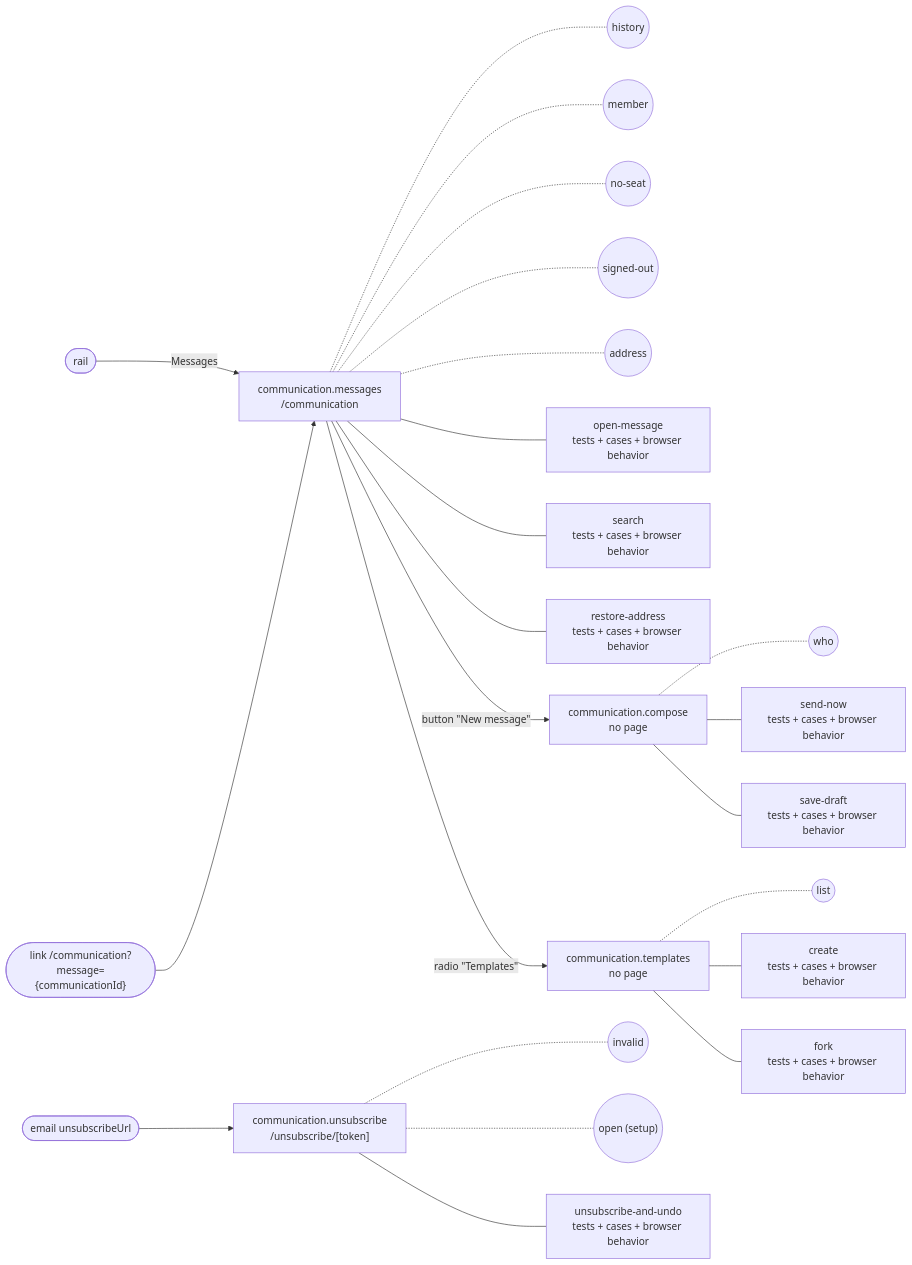
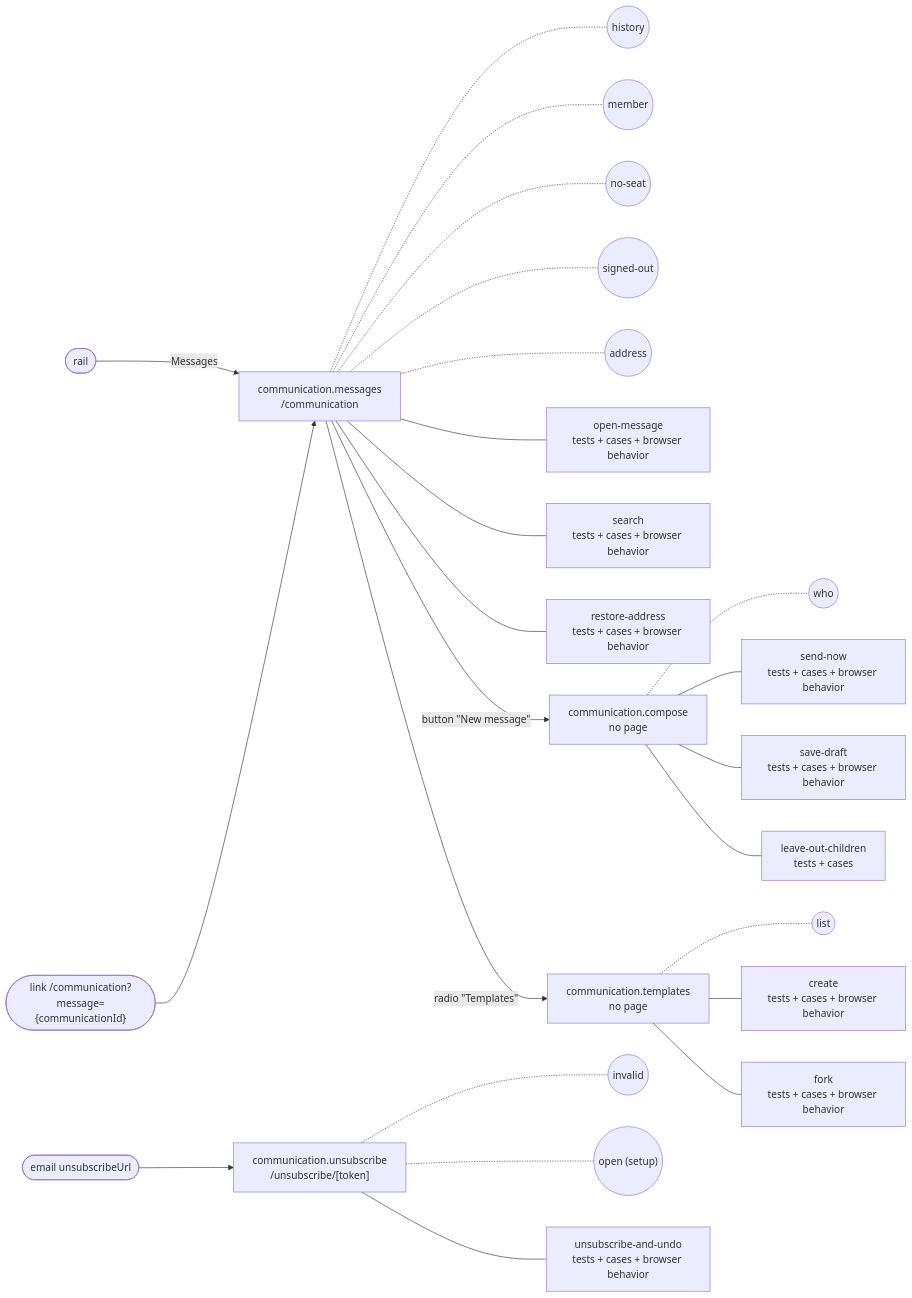
The diagram in docs/feature-maps/communication.md (SebastianGarces/everyfield), drawn with Mermaid before and after one commit. The commit also changed other lines of this file and 31 other files, not shown here.

````diff
--- a/docs/feature-maps/communication.md
+++ b/docs/feature-maps/communication.md
@@ -6,32 +6,33 @@
 ```mermaid
 flowchart LR
   rail(["rail"])
   s0_link1(["link /communication?message={communicationId}"])
   s3_link0(["email unsubscribeUrl"])
   s0["communication.messages<br/>/communication"]
   rail -- "Messages" --> s0
   s0_link1 --> s0
   s0 -.- s0_st0(("history"))
   s0 -.- s0_st1(("member"))
   s0 -.- s0_st2(("no-seat"))
   s0 -.- s0_st3(("signed-out"))
   s0 -.- s0_st4(("address"))
   s0 --- s0_b0["open-message<br/>tests + cases + browser behavior"]
   s0 --- s0_b1["search<br/>tests + cases + browser behavior"]
   s0 --- s0_b2["restore-address<br/>tests + cases + browser behavior"]
   s1["communication.compose<br/>no page"]
   s0 -- "button #quot;New message#quot;" --> s1
   s1 -.- s1_st0(("who"))
   s1 --- s1_b0["send-now<br/>tests + cases + browser behavior"]
   s1 --- s1_b1["save-draft<br/>tests + cases + browser behavior"]
+  s1 --- s1_b2["leave-out-children<br/>tests + cases"]
   s2["communication.templates<br/>no page"]
   s0 -- "radio #quot;Templates#quot;" --> s2
   s2 -.- s2_st0(("list"))
   s2 --- s2_b0["create<br/>tests + cases + browser behavior"]
   s2 --- s2_b1["fork<br/>tests + cases + browser behavior"]
   s3["communication.unsubscribe<br/>/unsubscribe/[token]"]
   s3_link0 --> s3
   s3 -.- s3_st0(("invalid"))
   s3 -.- s3_st1(("open (setup)"))
   s3 --- s3_b0["unsubscribe-and-undo<br/>tests + cases + browser behavior"]
 ```
````
